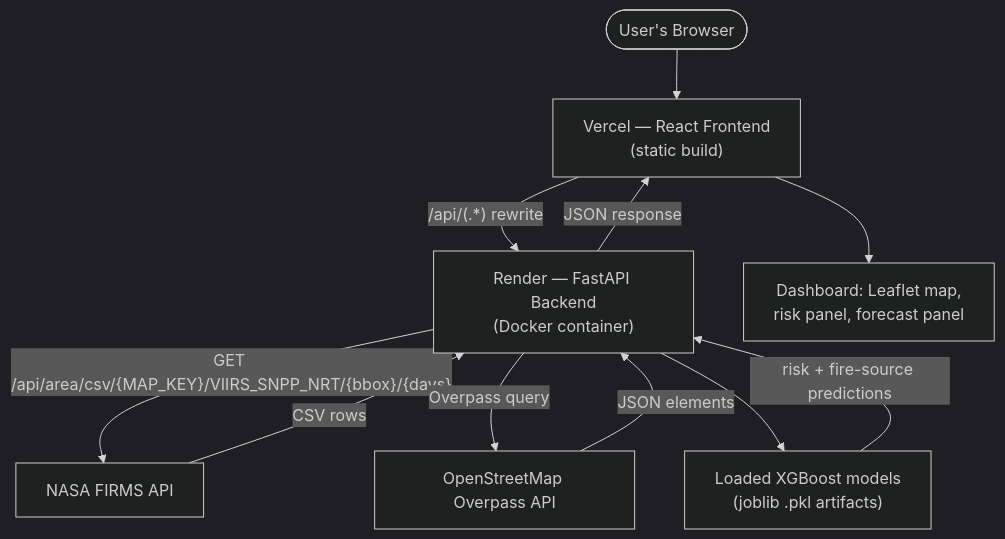
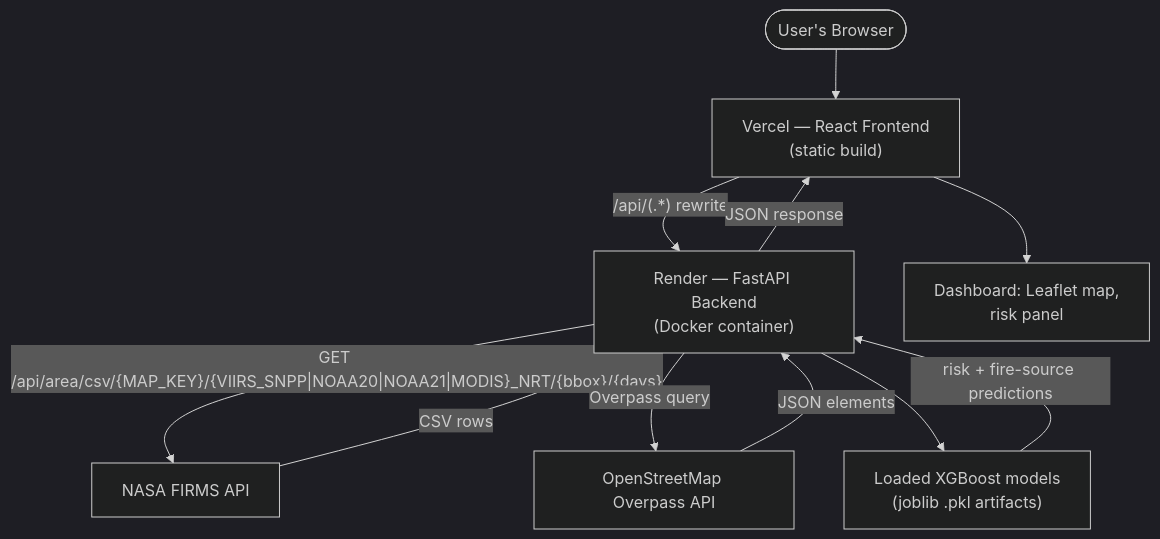
One commit to panipatwar2026-lab/ThermoGuard-AI changed the first of 2 diagrams in README.md. Above: the diagram before and after it, drawn with Mermaid (dark theme). The commit also changed other lines of this file and 22 other files, not shown here.

````diff
--- a/README.md
+++ b/README.md
@@ -143,13 +143,13 @@
 ```mermaid
 flowchart TD
     User(["User's Browser"]) --> Vercel["Vercel — React Frontend\n(static build)"]
     Vercel -->|"/api/(.*) rewrite"| Render["Render — FastAPI Backend\n(Docker container)"]
-    Render -->|"GET /api/area/csv/{MAP_KEY}/VIIRS_SNPP_NRT/{bbox}/{days}"| FIRMS["NASA FIRMS API"]
+    Render -->|"GET /api/area/csv/{MAP_KEY}/{VIIRS_SNPP|NOAA20|NOAA21|MODIS}_NRT/{bbox}/{days}"| FIRMS["NASA FIRMS API"]
     Render -->|"Overpass query"| OSM["OpenStreetMap Overpass API"]
     Render --> Models["Loaded XGBoost models\n(joblib .pkl artifacts)"]
     FIRMS -->|CSV rows| Render
     OSM -->|JSON elements| Render
     Models -->|risk + fire-source predictions| Render
     Render -->|JSON response| Vercel
-    Vercel --> Dashboard["Dashboard: Leaflet map,\nrisk panel, forecast panel"]
+    Vercel --> Dashboard["Dashboard: Leaflet map,\nrisk panel"]
 ```
````
